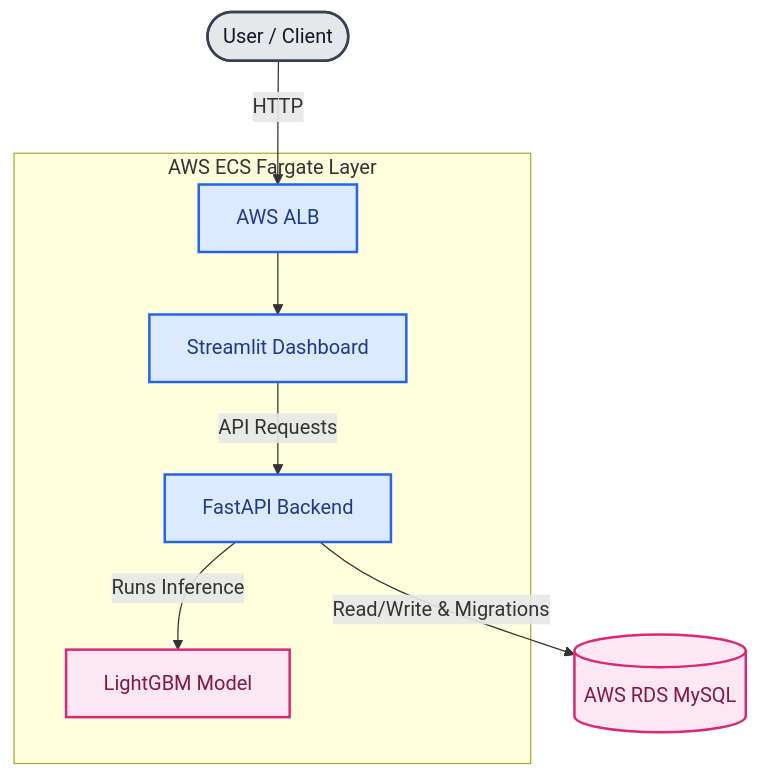
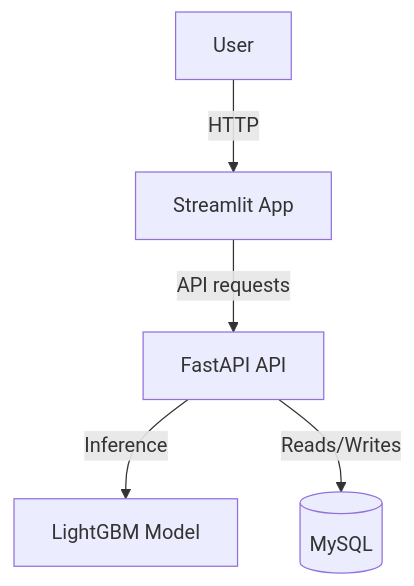
The diagram in README.md (LexaBeni/fraud-detection-platform), drawn with Mermaid before and after one commit. The commit also changed other lines of this file, not shown here.

````diff
--- a/README.md
+++ b/README.md
@@ -32,22 +30,7 @@
 ```mermaid
 graph TD
-    %% Custom styling for contrast and text visibility
-    classDef client fill:#E5E7EB,stroke:#374151,stroke-width:2px,color:#111827;
-    classDef app fill:#DBEAFE,stroke:#2563EB,stroke-width:2px,color:#1E3A8A;
-    classDef data fill:#FCE7F3,stroke:#DB2777,stroke-width:2px,color:#831843;
-
-    User([User / Client]) --> |HTTP| ALB[AWS ALB]
-
-    subgraph ECS [AWS ECS Fargate Layer]
-        ALB --> Streamlit[Streamlit Dashboard]
-        Streamlit -->|API Requests| FastAPI[FastAPI Backend]
-        FastAPI -->|Runs Inference| LightXGB[LightGBM Model]
-    end
-
-    FastAPI -->|Read/Write & Migrations| RDS[(AWS RDS MySQL)]
-
-    %% Apply visibility styles
-    class User client;
-    class ALB,Streamlit,FastAPI app;
-    class LightXGB,RDS data;
+    User[User] -->|HTTP| Streamlit[Streamlit App]
+    Streamlit -->|API requests| FastAPI[FastAPI API]
+    FastAPI -->|Inference| Model[LightGBM Model]
+    FastAPI -->|Reads/Writes| DB[(MySQL)]
 ```
````
